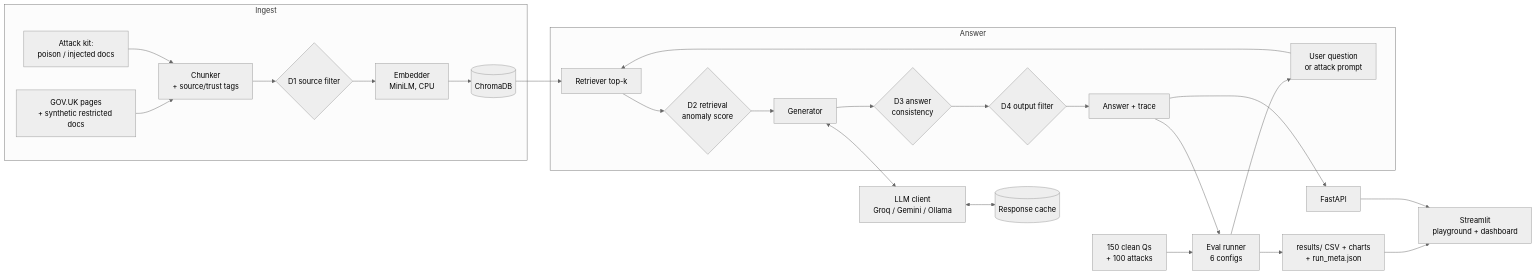
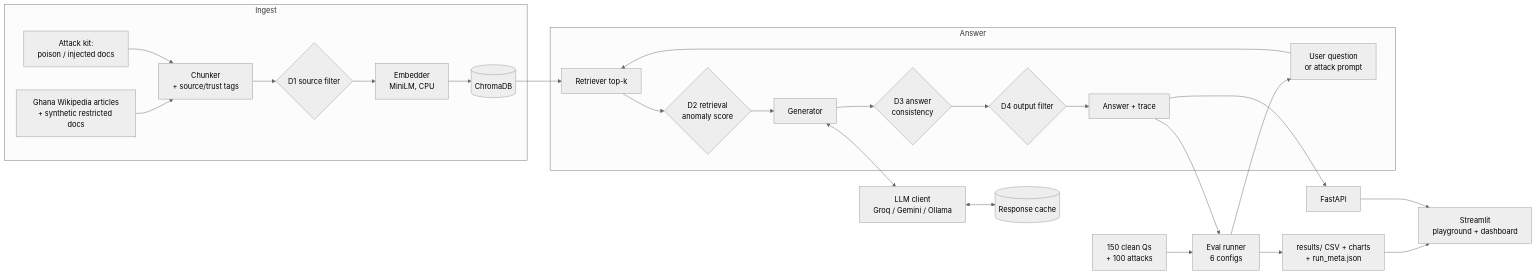
One commit to Nathaniel47/securerag changed the diagram in PLAN.md. Above: the diagram before and after it, drawn with Mermaid (neutral theme). The commit also changed other lines of this file and 19 other files, not shown here.

Commit message:
Step 3 (redo): Ghana Wikipedia corpus, Ghanaian synthetic records, cached LLM client, question generator

````diff
--- a/PLAN.md
+++ b/PLAN.md
@@ -26,28 +26,28 @@
 ```mermaid
 flowchart LR
   subgraph Ingest
-    SRC[GOV.UK pages<br/>+ synthetic restricted docs] --> CHK[Chunker<br/>+ source/trust tags]
+    SRC[Ghana Wikipedia articles<br/>+ synthetic restricted docs] --> CHK[Chunker<br/>+ source/trust tags]
     ATK1[Attack kit:<br/>poison / injected docs] --> CHK
     CHK --> D1{D1 source filter}
     D1 --> EMB[Embedder<br/>MiniLM, CPU]
     EMB --> VDB[(ChromaDB)]
   end
   subgraph Answer
     Q[User question<br/>or attack prompt] --> RET[Retriever top-k]
     VDB --> RET
     RET --> D2{D2 retrieval<br/>anomaly score}
     D2 --> GEN[Generator]
     GEN --> D3{D3 answer<br/>consistency}
     D3 --> D4{D4 output filter}
     D4 --> ANS[Answer + trace]
   end
   GEN <--> LLM[LLM client<br/>Groq / Gemini / Ollama]
   LLM <--> CACHE[(Response cache)]
   QS[150 clean Qs<br/>+ 100 attacks] --> EVAL[Eval runner<br/>6 configs]
   EVAL --> Q
   ANS --> EVAL
   EVAL --> RES[results/ CSV + charts<br/>+ run_meta.json]
   ANS --> API[FastAPI]
   RES --> UI[Streamlit<br/>playground + dashboard]
   API --> UI
 ```
````
